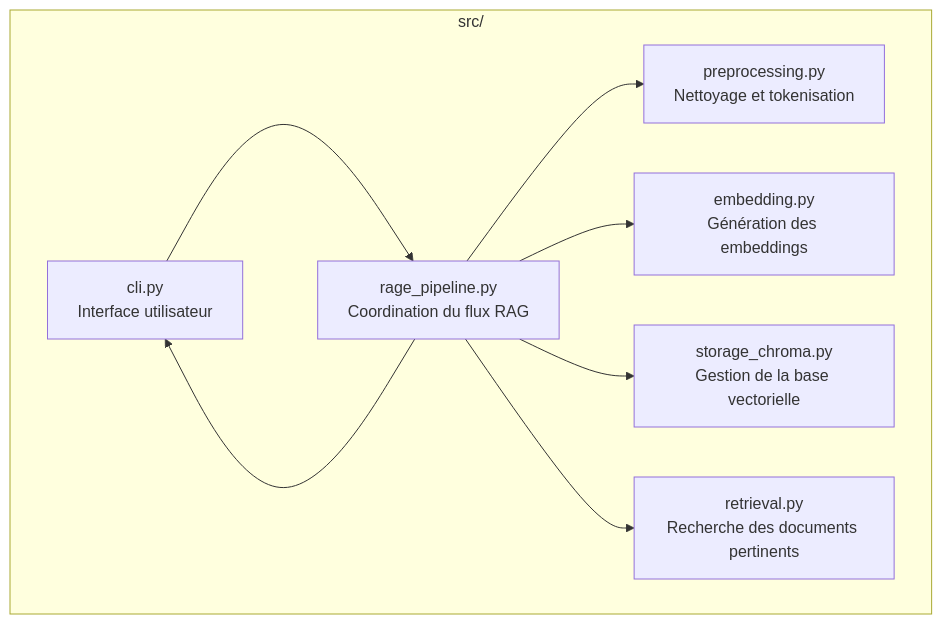
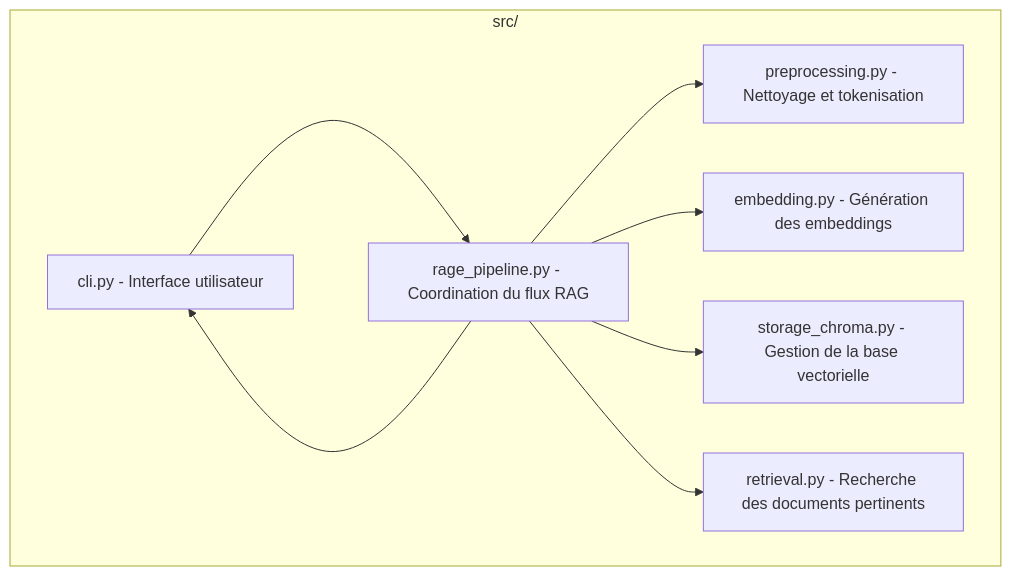
Before and after one commit to GaetanCSimplon/fake_news_rag: the third of 5 diagrams in README.md, drawn with Mermaid.

````diff
--- a/README.md
+++ b/README.md
@@ -36,18 +36,18 @@
 ```mermaid
 graph TD
     subgraph src/
-        CLI[cli.py\nInterface utilisateur]
-        PIPE[rage_pipeline.py\nCoordination du flux RAG]
-        PRE[preprocessing.py\nNettoyage et tokenisation]
-        EMB[embedding.py\nGénération des embeddings]
-        CH[storage_chroma.py\nGestion de la base vectorielle]
-        RETR[retrieval.py\nRecherche des documents pertinents]
+        CLI[cli.py - Interface utilisateur]
+        PIPE[rage_pipeline.py - Coordination du flux RAG]
+        PRE[preprocessing.py - Nettoyage et tokenisation]
+        EMB[embedding.py - Génération des embeddings]
+        CH[storage_chroma.py - Gestion de la base vectorielle]
+        RETR[retrieval.py - Recherche des documents pertinents]
     end
 
     CLI --> PIPE
     PIPE --> PRE
     PIPE --> EMB
     PIPE --> CH
     PIPE --> RETR
     PIPE --> CLI
 ```
````
